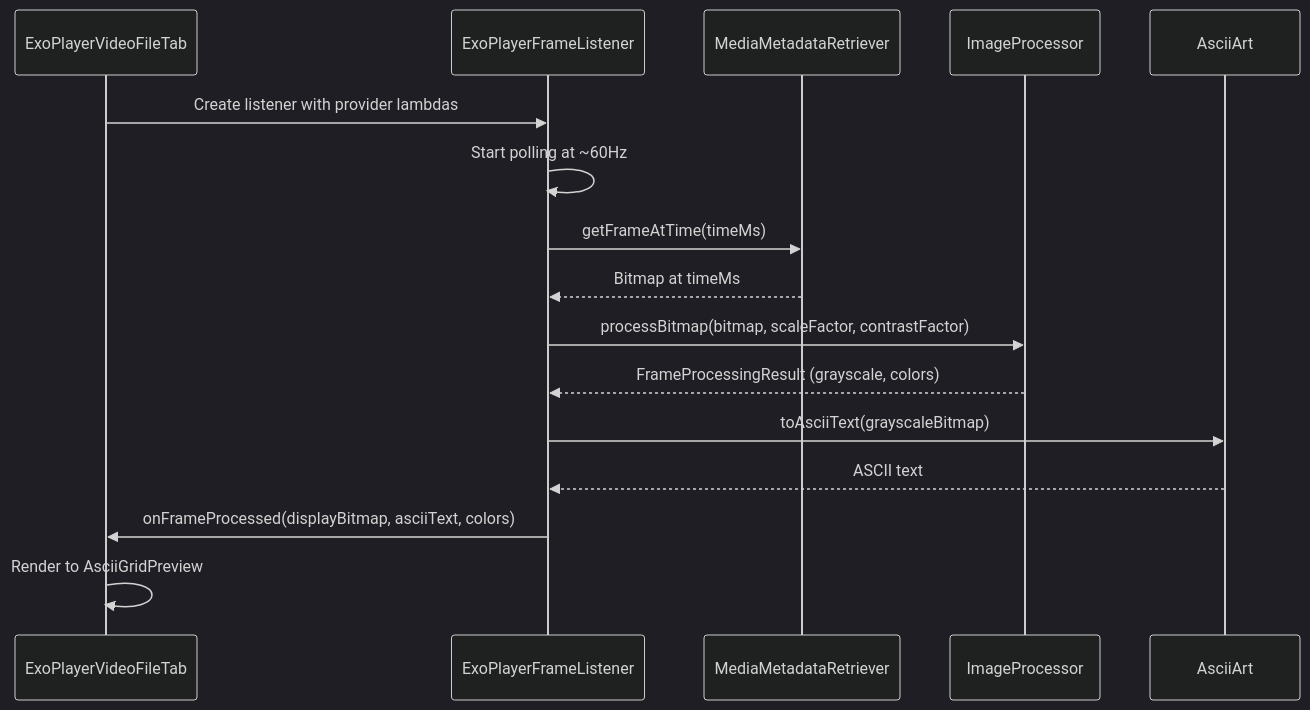
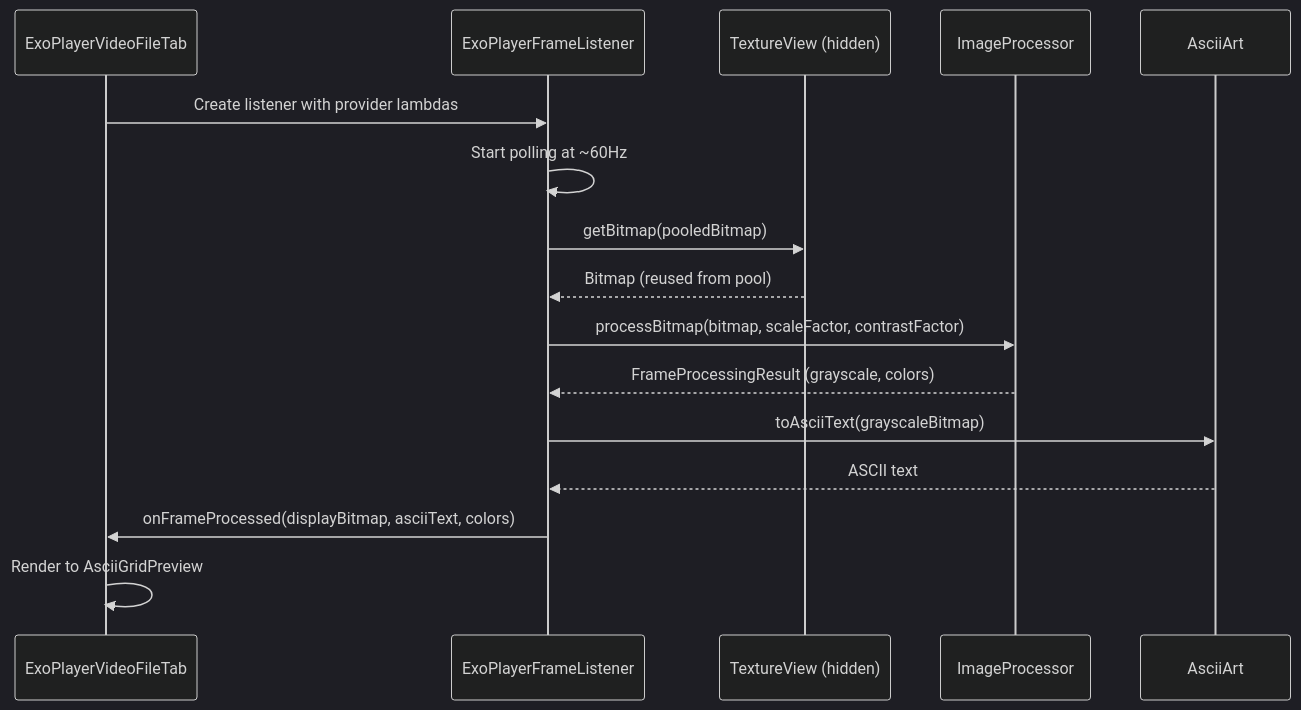
Before and after one commit to replicant1/AsciiArt: the fourth of 5 diagrams in README.md, drawn with Mermaid (dark theme). The commit also changed other lines of this file and 2 other files, not shown here.

````diff
--- a/README.md
+++ b/README.md
@@ -221,19 +223,19 @@
 ```mermaid
 sequenceDiagram
     participant UI as ExoPlayerVideoFileTab
     participant EFL as ExoPlayerFrameListener
-    participant EMR as MediaMetadataRetriever
+    participant TV as TextureView (hidden)
     participant IP as ImageProcessor
     participant AA as AsciiArt
     
     UI->>EFL: Create listener with provider lambdas
     EFL->>EFL: Start polling at ~60Hz
-    EFL->>EMR: getFrameAtTime(timeMs)
-    EMR-->>EFL: Bitmap at timeMs
+    EFL->>TV: getBitmap(pooledBitmap)
+    TV-->>EFL: Bitmap (reused from pool)
     EFL->>IP: processBitmap(bitmap, scaleFactor, contrastFactor)
     IP-->>EFL: FrameProcessingResult (grayscale, colors)
     EFL->>AA: toAsciiText(grayscaleBitmap)
     AA-->>EFL: ASCII text
     EFL->>UI: onFrameProcessed(displayBitmap, asciiText, colors)
     UI->>UI: Render to AsciiGridPreview
 ```
````
